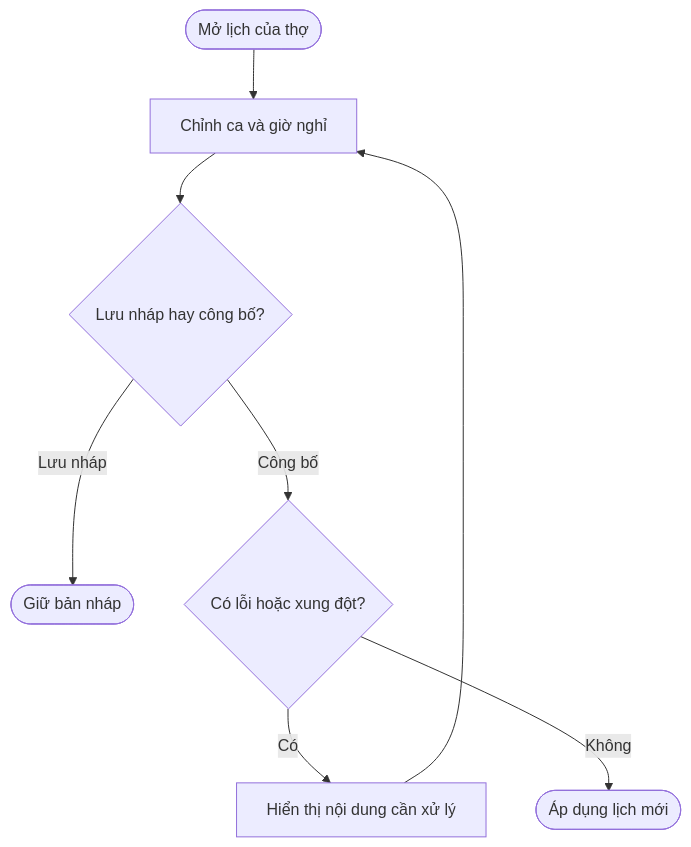
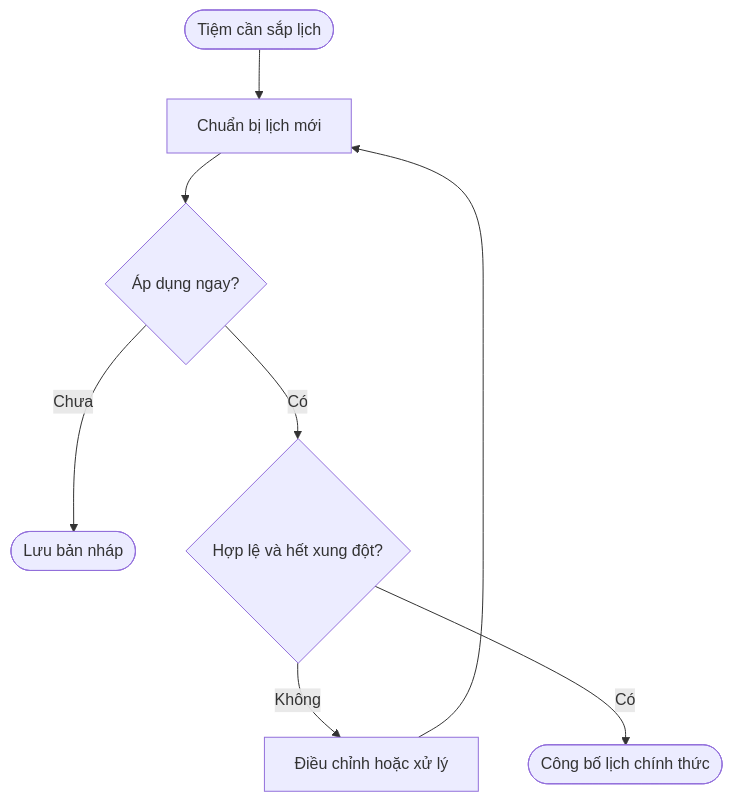
One commit to vlink-group/VlinkPay changed the first of 6 diagrams in nexora/docs/business/pos-staff-schedule-booking-frontend-upgrade.md. Above: the diagram before and after it, drawn with Mermaid. The commit also changed other lines of this file, not shown here.

````diff
--- a/nexora/docs/business/pos-staff-schedule-booking-frontend-upgrade.md
+++ b/nexora/docs/business/pos-staff-schedule-booking-frontend-upgrade.md
@@ -177,10 +145,10 @@
 ```mermaid
 flowchart TD
-    A([Mở lịch của thợ]) --> B[Chỉnh ca và giờ nghỉ]
-    B --> C{Lưu nháp hay công bố?}
-    C -- Lưu nháp --> D([Giữ bản nháp])
-    C -- Công bố --> E{Có lỗi hoặc xung đột?}
-    E -- Có --> F[Hiển thị nội dung cần xử lý]
+    A([Tiệm cần sắp lịch]) --> B[Chuẩn bị lịch mới]
+    B --> C{Áp dụng ngay?}
+    C -- Chưa --> D([Lưu bản nháp])
+    C -- Có --> E{Hợp lệ và hết xung đột?}
+    E -- Không --> F[Điều chỉnh hoặc xử lý]
     F --> B
-    E -- Không --> G([Áp dụng lịch mới])
+    E -- Có --> G([Công bố lịch chính thức])
 ```
````
